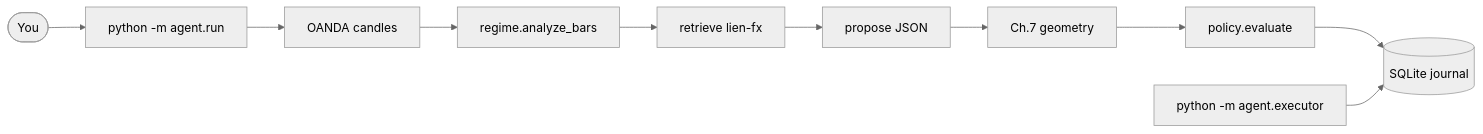
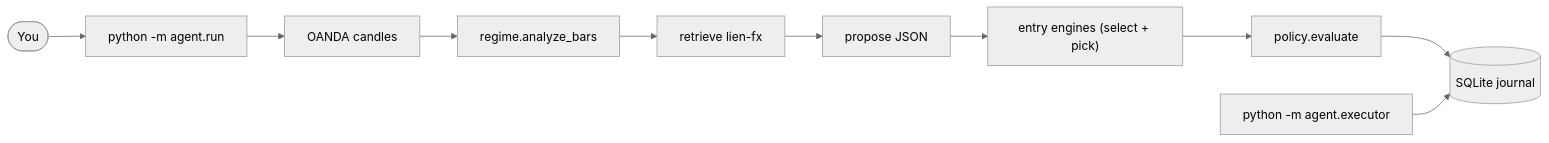
The diagram in docs/AGENT_ORCHESTRATOR.md (MKlyuzhev/sandbox002), drawn with Mermaid (neutral theme) before and after one commit. The commit also changed other lines of this file and 11 other files, not shown here.

````diff
--- a/docs/AGENT_ORCHESTRATOR.md
+++ b/docs/AGENT_ORCHESTRATOR.md
@@ -25,12 +26,12 @@
 ```mermaid
 flowchart LR
   you([You]) --> cli["python -m agent.run"]
   cli --> candles[OANDA candles]
   candles --> regime["regime.analyze_bars"]
   regime --> rag["retrieve lien-fx"]
   rag --> llm["propose JSON"]
-  llm --> geometry["Ch.7 geometry"]
-  geometry --> policy["policy.evaluate"]
+  llm --> engines["entry engines (select + pick)"]
+  engines --> policy["policy.evaluate"]
   policy --> journal[(SQLite journal)]
   exec["python -m agent.executor"] --> journal
 ```
````
